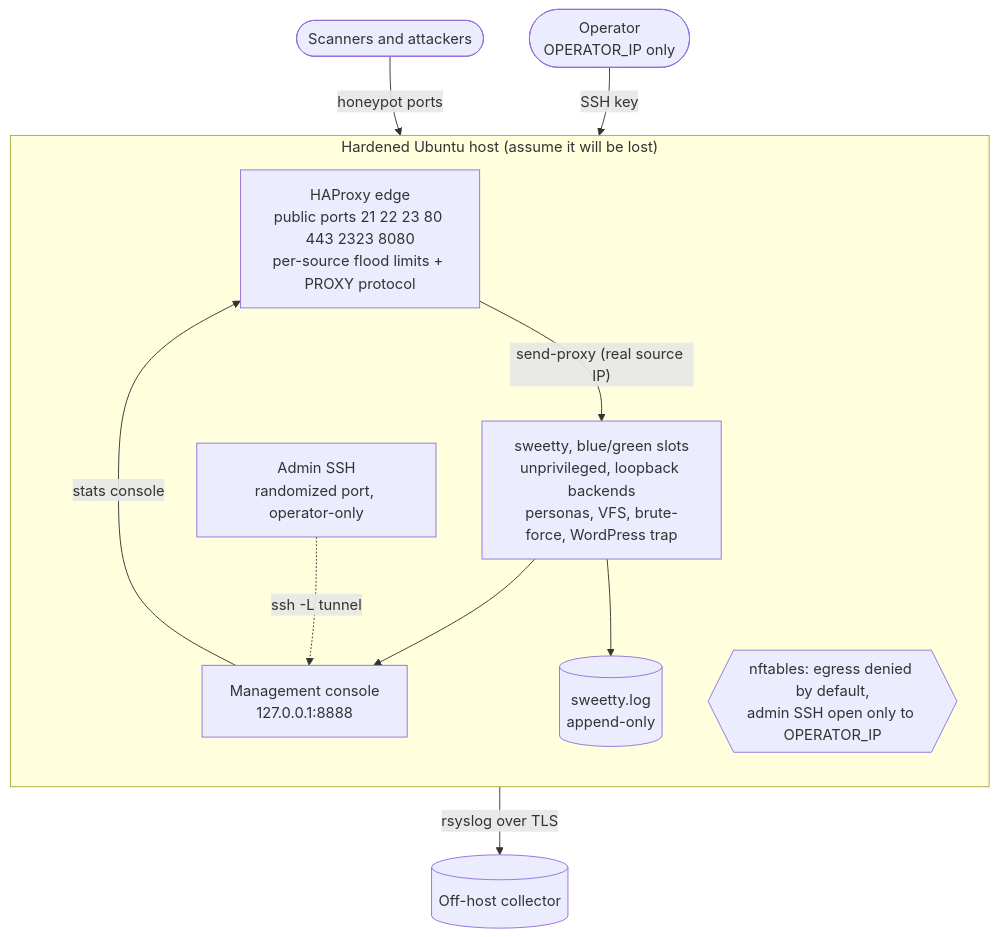
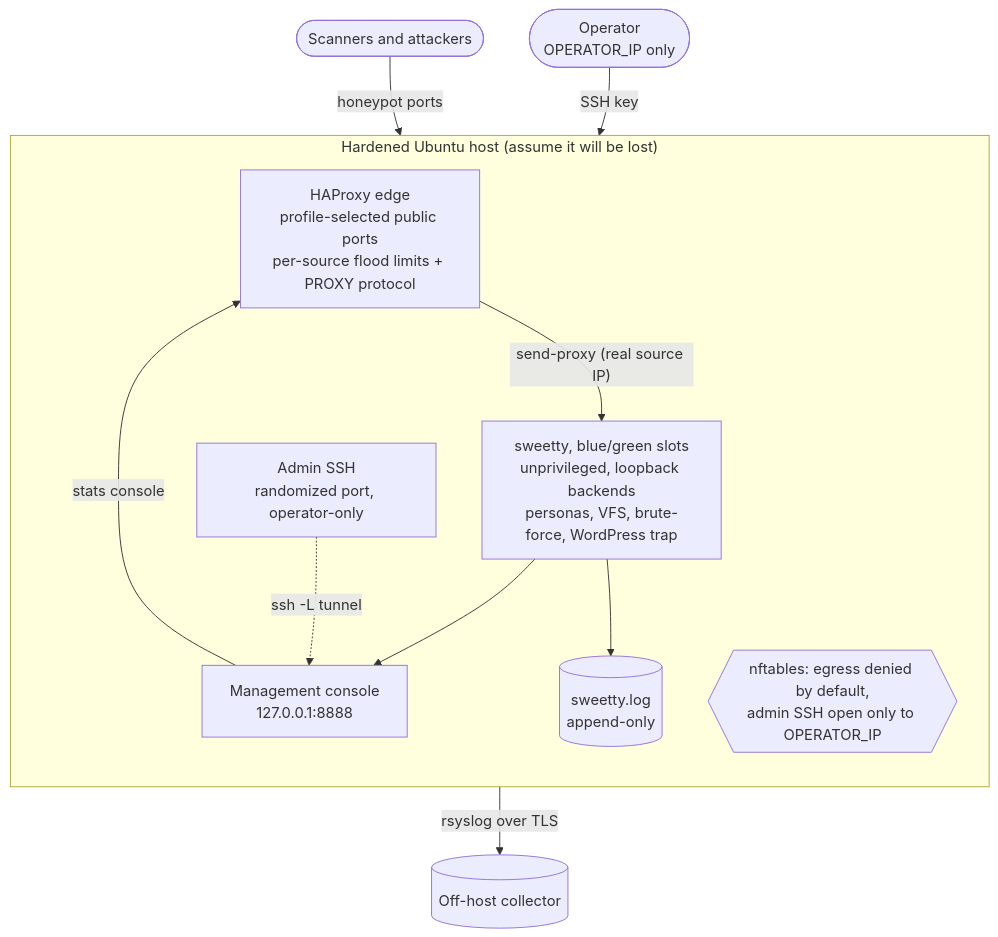
Before and after one commit to adrianmcphee/sweetty-instance-template: the diagram in README.md, drawn with Mermaid. The commit also changed other lines of this file and 16 other files, not shown here.

````diff
--- a/README.md
+++ b/README.md
@@ -36,23 +36,23 @@
 ```mermaid
 flowchart TB
     ATK([Scanners and attackers]) -->|honeypot ports| EDGE
     OP([Operator<br/>OPERATOR_IP only]) -->|SSH key| SSHD
 
     subgraph HOST["Hardened Ubuntu host (assume it will be lost)"]
         direction TB
-        EDGE["HAProxy edge<br/>public ports 21 22 23 80 443 2323 8080<br/>per-source flood limits + PROXY protocol"]
+        EDGE["HAProxy edge<br/>profile-selected public ports<br/>per-source flood limits + PROXY protocol"]
         SW["sweetty, blue/green slots<br/>unprivileged, loopback backends<br/>personas, VFS, brute-force, WordPress trap"]
         SSHD["Admin SSH<br/>randomized port, operator-only"]
         PORTAL["Management console<br/>127.0.0.1:8888"]
         FW{{"nftables: egress denied by default,<br/>admin SSH open only to OPERATOR_IP"}}
         LOG[("sweetty.log<br/>append-only")]
 
         EDGE -->|"send-proxy (real source IP)"| SW
         SW --> PORTAL
         SW --> LOG
         SSHD -.->|"ssh -L tunnel"| PORTAL
         PORTAL -->|stats console| EDGE
     end
 
     LOG -->|rsyslog over TLS| COLL[("Off-host collector")]
 ```
````
